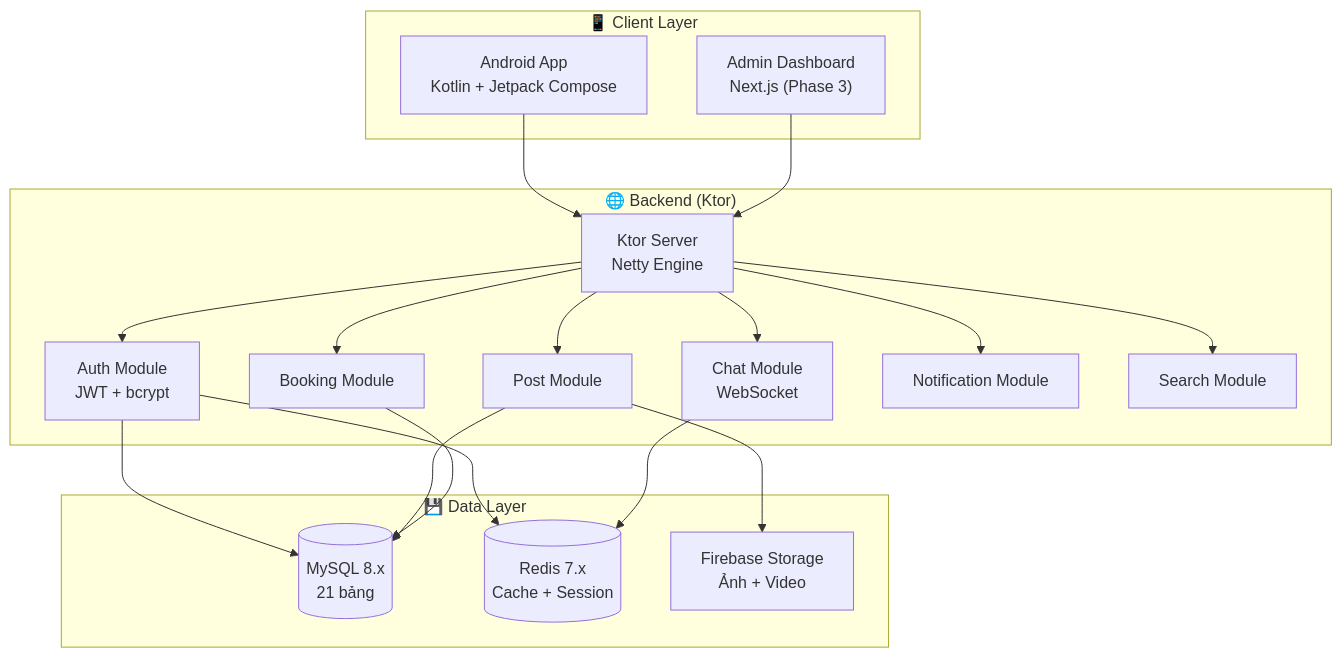
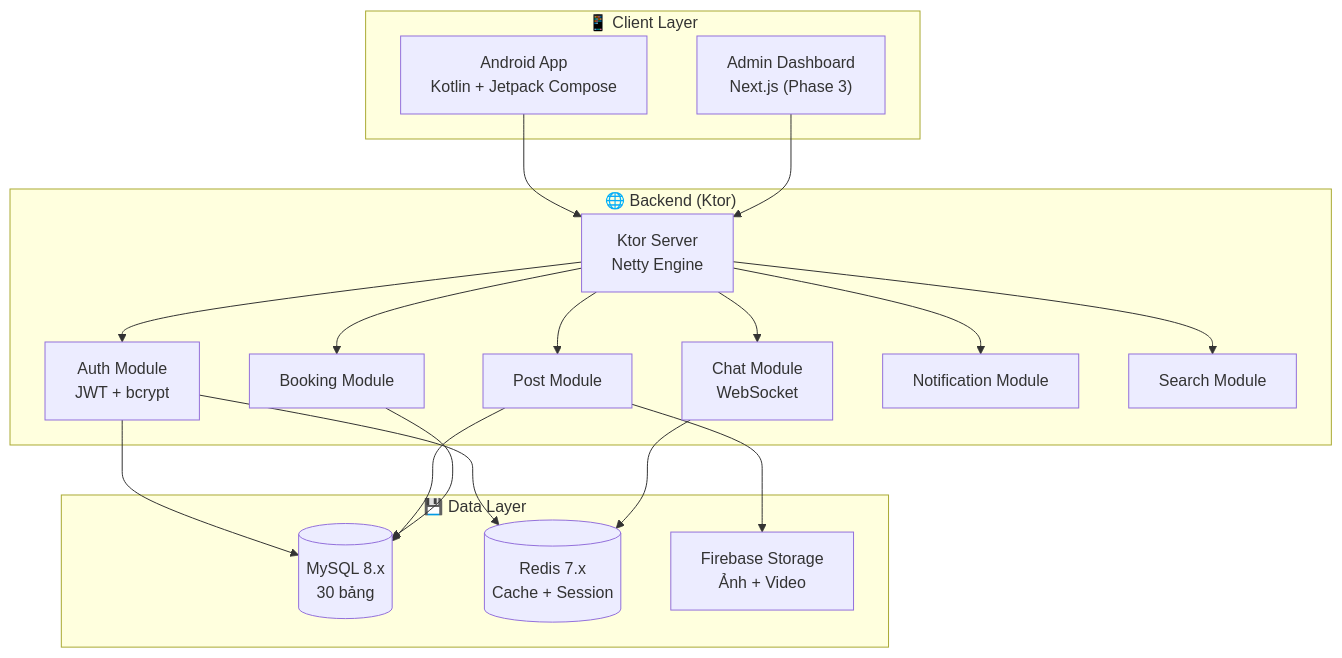
Before and after one commit to PhamNgoc04/InstaGallery-Backend: the first of 10 diagrams in docs/instagallery_complete_system.md, drawn with Mermaid. The commit also changed other lines of this file and 34 other files, not shown here.

````diff
--- a/docs/instagallery_complete_system.md
+++ b/docs/instagallery_complete_system.md
@@ -39,27 +39,27 @@
 ```mermaid
 graph TB
     subgraph "📱 Client Layer"
         Android["Android App<br/>Kotlin + Jetpack Compose"]
         Admin["Admin Dashboard<br/>Next.js (Phase 3)"]
     end
     subgraph "🌐 Backend (Ktor)"
         APIGW["Ktor Server<br/>Netty Engine"]
         Auth["Auth Module<br/>JWT + bcrypt"]
         Post["Post Module"]
         Book["Booking Module"]
         Chat["Chat Module<br/>WebSocket"]
         Notif["Notification Module"]
         Search["Search Module"]
     end
     subgraph "💾 Data Layer"
-        DB[(MySQL 8.x<br/>21 bảng)]
+        DB[(MySQL 8.x<br/>30 bảng)]
         Redis[(Redis 7.x<br/>Cache + Session)]
         S3[Firebase Storage<br/>Ảnh + Video]
     end
     Android & Admin --> APIGW
     APIGW --> Auth & Post & Book & Chat & Notif & Search
     Auth & Post & Book --> DB
     Auth --> Redis
     Post --> S3
     Chat --> Redis
 ```
````
